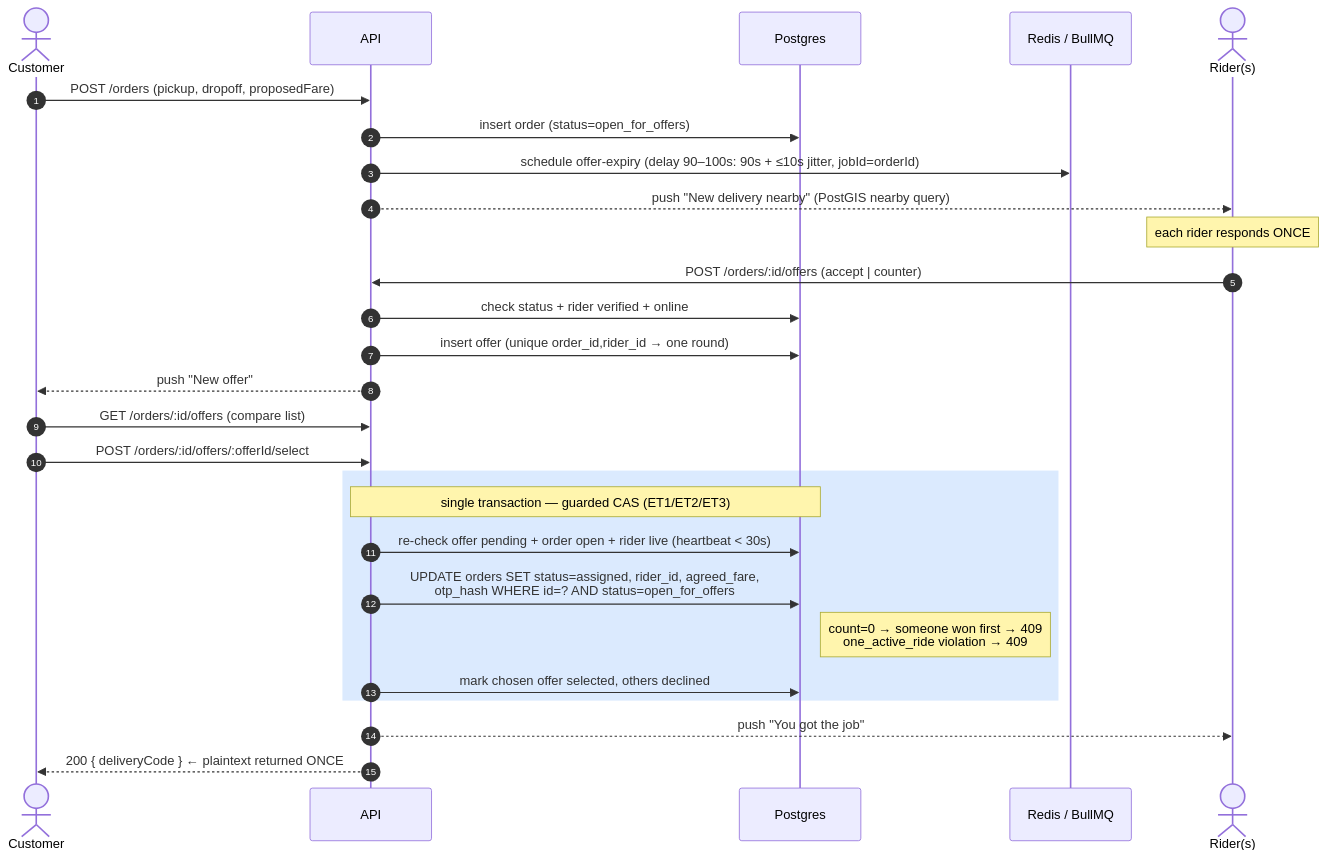
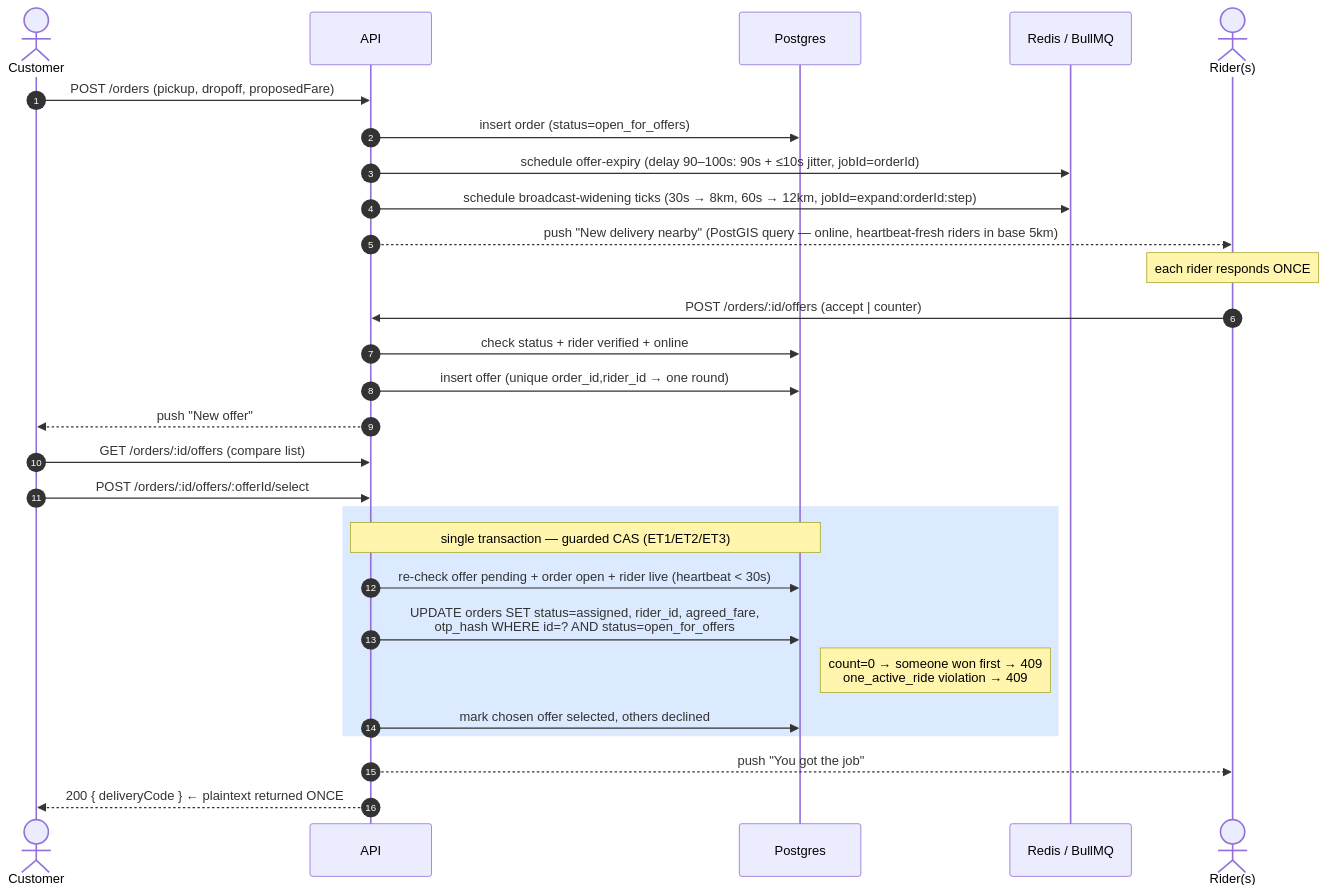
One commit to unnfazzed/Lynia changed the seventh of 16 diagrams in docs/ARCHITECTURE.md. Above: the diagram before and after it, drawn with Mermaid. The commit also changed other lines of this file and 2 other files, not shown here.

First line of the commit message:
docs(broadcast): document the widening broadcast (PR #210) + log BR-01..03 in the bug ledger

````diff
--- a/docs/ARCHITECTURE.md
+++ b/docs/ARCHITECTURE.md
@@ -538,34 +538,35 @@
 ```mermaid
 sequenceDiagram
     autonumber
     actor C as Customer
     participant API
     participant DB as Postgres
     participant Q as Redis / BullMQ
     actor R as Rider(s)
 
     C->>API: POST /orders (pickup, dropoff, proposedFare)
     API->>DB: insert order (status=open_for_offers)
     API->>Q: schedule offer-expiry (delay 90–100s: 90s + ≤10s jitter, jobId=orderId)
-    API-->>R: push "New delivery nearby" (PostGIS nearby query)
+    API->>Q: schedule broadcast-widening ticks (30s → 8km, 60s → 12km, jobId=expand:orderId:step)
+    API-->>R: push "New delivery nearby" (PostGIS query — online, heartbeat-fresh riders in base 5km)
 
     Note over R: each rider responds ONCE
     R->>API: POST /orders/:id/offers (accept | counter)
     API->>DB: check status + rider verified + online
     API->>DB: insert offer (unique order_id,rider_id → one round)
     API-->>C: push "New offer"
 
     C->>API: GET /orders/:id/offers (compare list)
     C->>API: POST /orders/:id/offers/:offerId/select
 
     rect rgb(219, 234, 254)
     Note over API,DB: single transaction — guarded CAS (ET1/ET2/ET3)
     API->>DB: re-check offer pending + order open + rider live (heartbeat < 30s)
     API->>DB: UPDATE orders SET status=assigned, rider_id, agreed_fare,<br/>otp_hash WHERE id=? AND status=open_for_offers
     Note right of DB: count=0 → someone won first → 409<br/>one_active_ride violation → 409
     API->>DB: mark chosen offer selected, others declined
     end
 
     API-->>R: push "You got the job"
     API-->>C: 200 { deliveryCode }  ← plaintext returned ONCE
 ```
````
